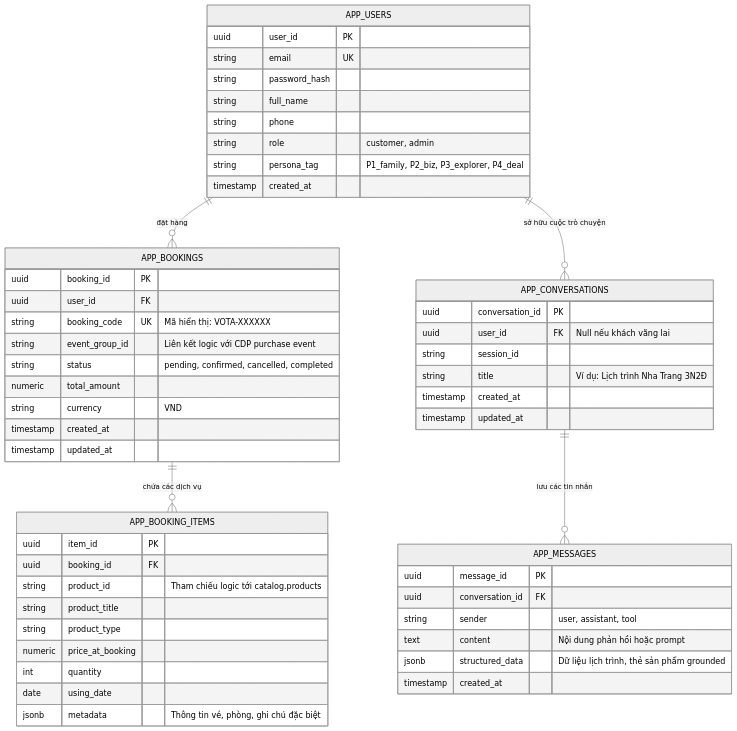
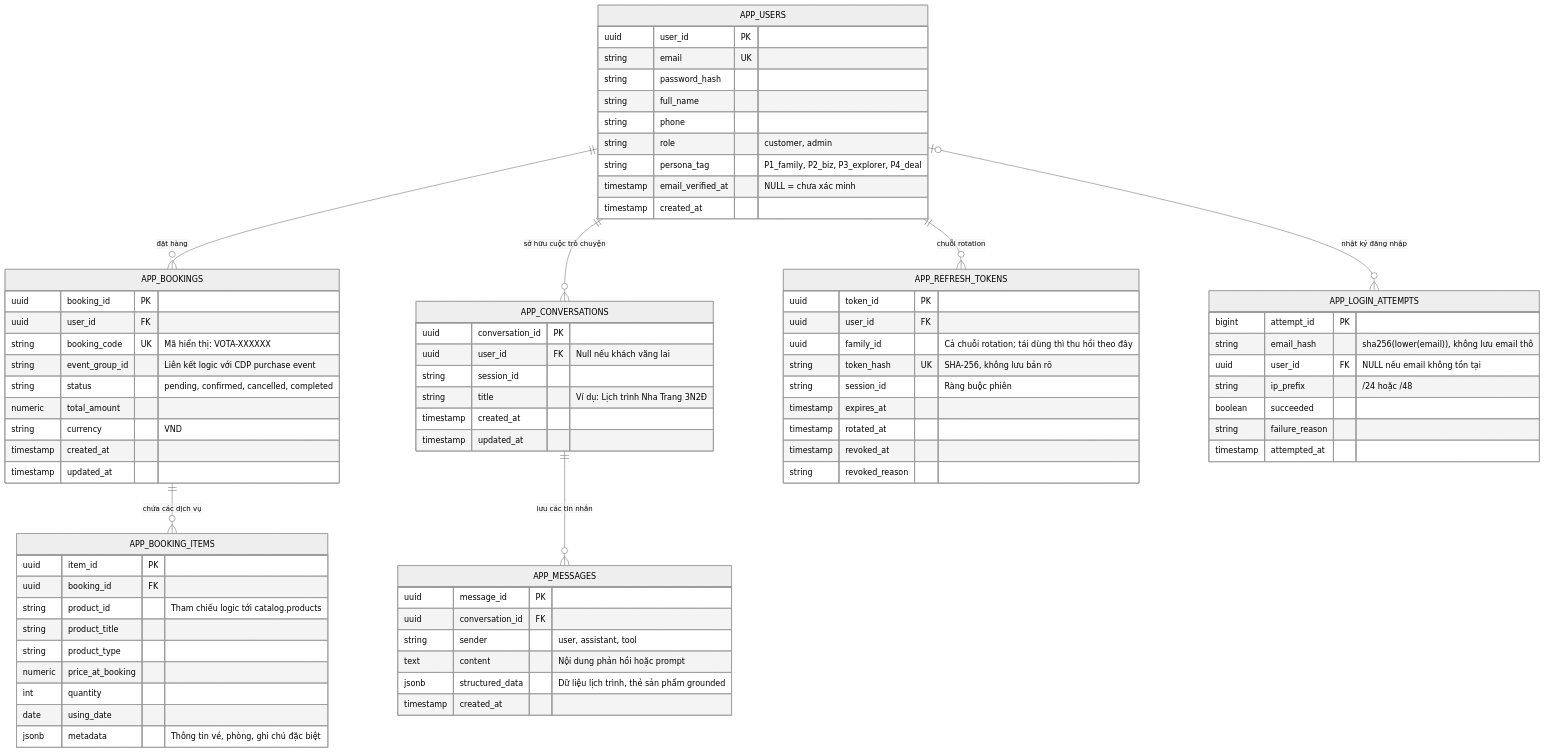
Before and after one commit to NguyenNhat4/Travel-Recommend-System: the second of 2 diagrams in docs/prd/data-model.md, drawn with Mermaid (neutral theme). The commit also changed other lines of this file and 33 other files, not shown here.

```diff
--- a/docs/prd/data-model.md
+++ b/docs/prd/data-model.md
@@ -118,6 +120,8 @@
     APP_USERS ||--o{ APP_CONVERSATIONS : "sở hữu cuộc trò chuyện"
     APP_BOOKINGS ||--o{ APP_BOOKING_ITEMS : "chứa các dịch vụ"
     APP_CONVERSATIONS ||--o{ APP_MESSAGES : "lưu các tin nhắn"
+    APP_USERS ||--o{ APP_REFRESH_TOKENS : "chuỗi rotation"
+    APP_USERS |o--o{ APP_LOGIN_ATTEMPTS : "nhật ký đăng nhập"
 
     APP_USERS {
         uuid user_id PK
@@ -127,7 +131,30 @@
         string phone
         string role "customer, admin"
         string persona_tag "P1_family, P2_biz, P3_explorer, P4_deal"
+        timestamp email_verified_at "NULL = chưa xác minh"
         timestamp created_at
+    }
+
+    APP_REFRESH_TOKENS {
+        uuid token_id PK
+        uuid user_id FK
+        uuid family_id "Cả chuỗi rotation; tái dùng thì thu hồi theo đây"
+        string token_hash UK "SHA-256, không lưu bản rõ"
+        string session_id "Ràng buộc phiên"
+        timestamp expires_at
+        timestamp rotated_at
+        timestamp revoked_at
+        string revoked_reason
+    }
+
+    APP_LOGIN_ATTEMPTS {
+        bigint attempt_id PK
+        string email_hash "sha256(lower(email)), không lưu email thô"
+        uuid user_id FK "NULL nếu email không tồn tại"
+        string ip_prefix "/24 hoặc /48"
+        boolean succeeded
+        string failure_reason
+        timestamp attempted_at
     }
 
     APP_BOOKINGS {
```
